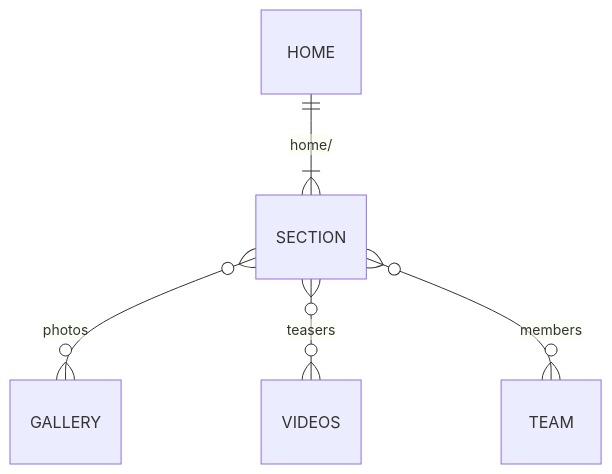
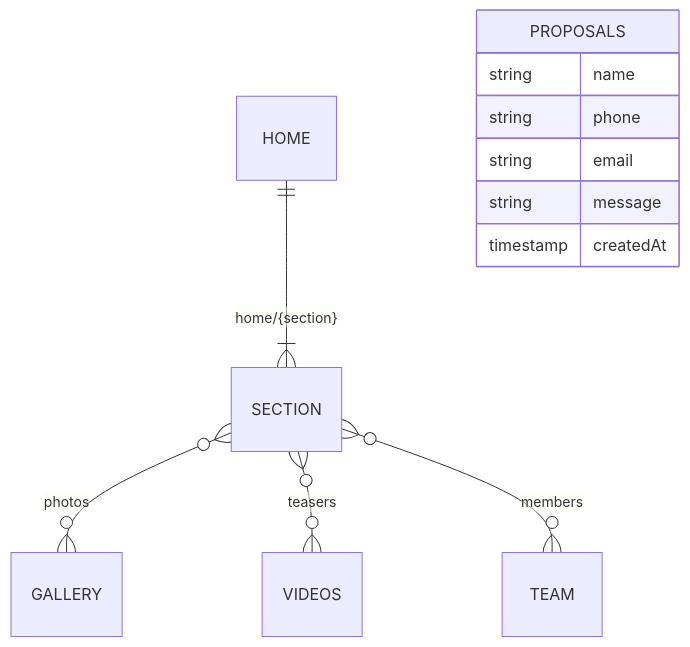
One commit to RaviAkhouri30/taalyatra changed the diagram in docs/architecture/data-model.md. Above: the diagram before and after it, drawn with Mermaid. The commit also changed other lines of this file and 77 other files, not shown here.

````diff
--- a/docs/architecture/data-model.md
+++ b/docs/architecture/data-model.md
@@ -24,7 +33,14 @@
 ```mermaid
 erDiagram
-  HOME ||--|{ SECTION : "home/<section>"
+  HOME ||--|{ SECTION : "home/{section}"
   SECTION }o--o{ GALLERY : "photos"
   SECTION }o--o{ VIDEOS : "teasers"
   SECTION }o--o{ TEAM : "members"
+  PROPOSALS {
+    string name
+    string phone
+    string email
+    string message
+    timestamp createdAt
+  }
 ```
````
